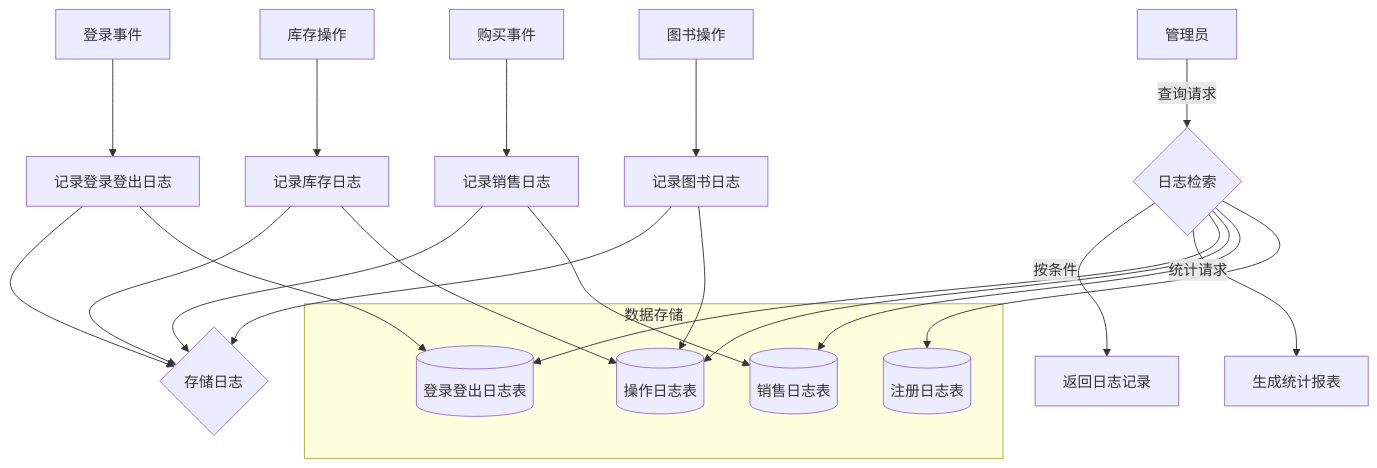
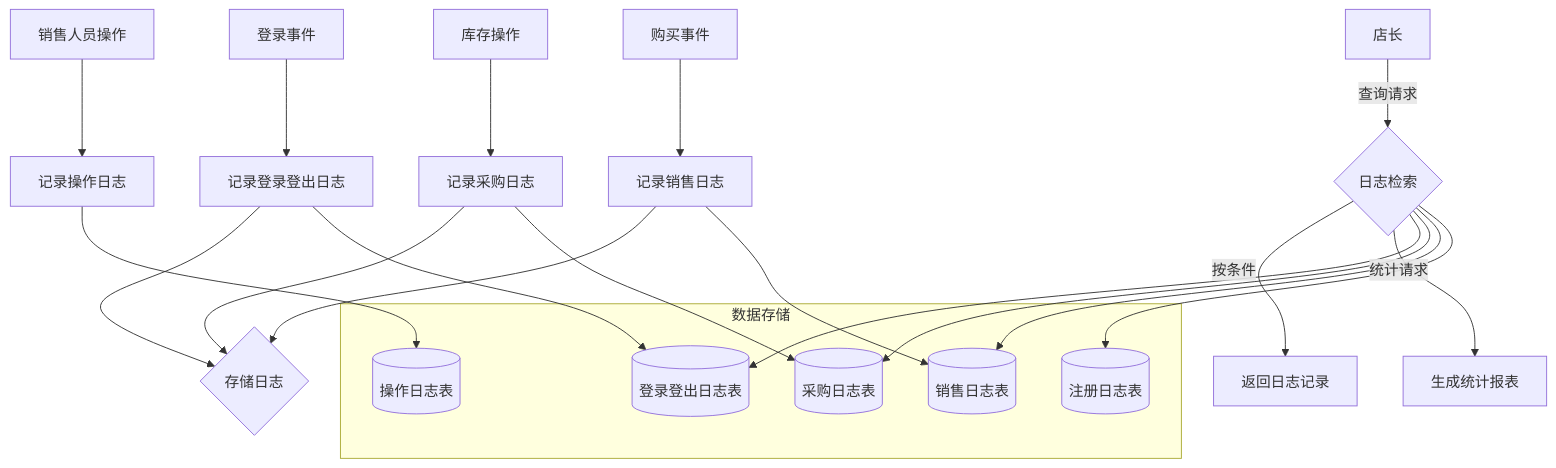
Before and after one commit to yuki-cjm/Bookstore-2025: the eighth of 8 diagrams in 需求分析文档.md, drawn with Mermaid. The commit also changed other lines of this file, not shown here.

````diff
--- a/需求分析文档.md
+++ b/需求分析文档.md
@@ -249,34 +276,36 @@
 ```mermaid
 graph TD
     A[登录事件] --> B[记录登录登出日志]
     B --> C{存储日志}
     
     D[购买事件] --> E[记录销售日志]
     E --> C
     
-    F[库存操作] --> G[记录库存日志]
+    F[库存操作] --> G[记录采购日志]
     G --> C
     
-    H[图书操作] --> I[记录图书日志]
-    I --> C
+    AA[销售人员操作] --> AB[记录操作日志]
+    AB-->R
     
-    J[管理员] -->|查询请求| K{日志检索}
+    J[店长] -->|查询请求| K{日志检索}
     K -->|按条件| L[返回日志记录]
     K -->|统计请求| M[生成统计报表]
+
     
     subgraph "数据存储"
         N[(登录登出日志表)]
-        O[(操作日志表)]
+        O[(采购日志表)]
         P[(销售日志表)]
         Q[(注册日志表)]
+        R[(操作日志表)]
     end
     
     B --> N
     E --> P
     G --> O
-    I --> O
     K --> N
     K --> O
     K --> P
     K --> Q
+
 ```
````
